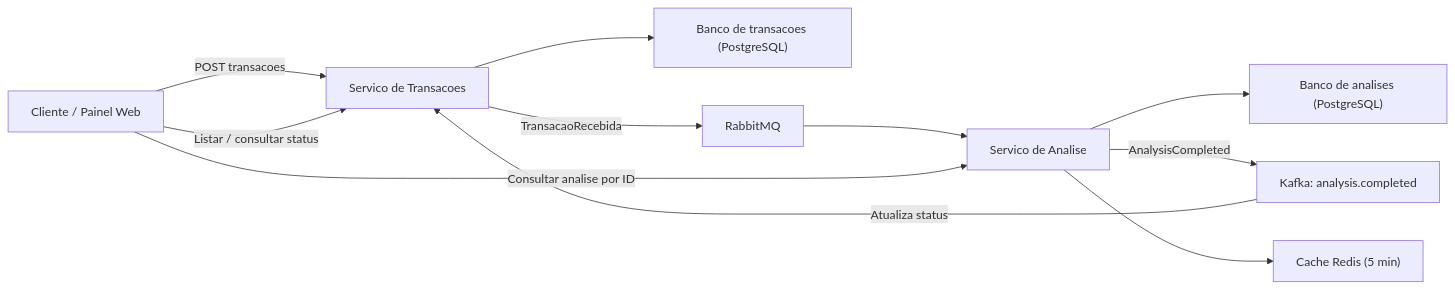
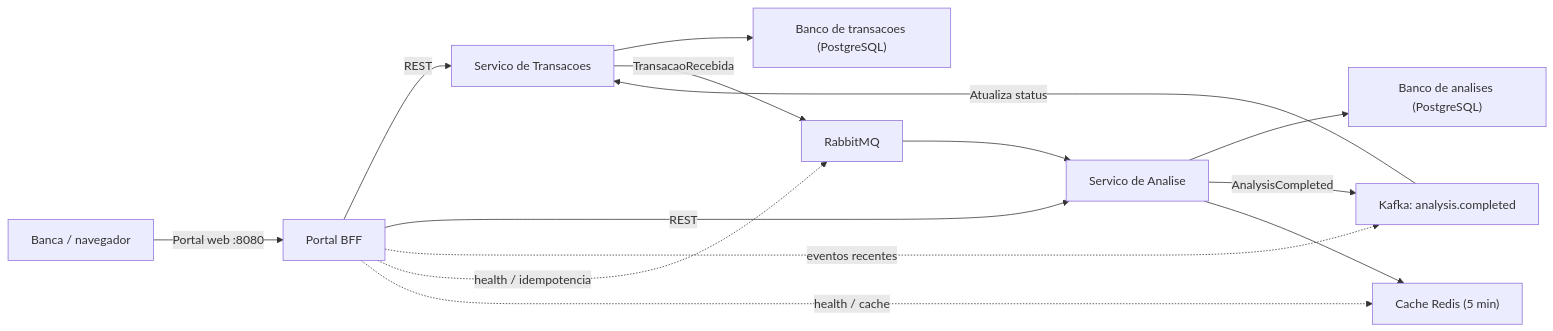
One commit to JTBCode86/antifraude-simplificado changed the diagram in README.md. Above: the diagram before and after it, drawn with Mermaid. The commit also changed other lines of this file and 48 other files, not shown here.

````diff
--- a/README.md
+++ b/README.md
@@ -9,13 +9,16 @@
 ```mermaid
 flowchart LR
-    Cliente["Cliente / Painel Web"] -->|"POST transacoes"| T["Servico de Transacoes"]
+    Cliente["Banca / navegador"] -->|"Portal web :8080"| P["Portal BFF"]
+    P -->|"REST"| T["Servico de Transacoes"]
     T --> DB1["Banco de transacoes (PostgreSQL)"]
     T -->|"TransacaoRecebida"| Q["RabbitMQ"]
     Q --> A["Servico de Analise"]
     A --> DB2["Banco de analises (PostgreSQL)"]
     A -->|"AnalysisCompleted"| K["Kafka: analysis.completed"]
     K -->|"Atualiza status"| T
-    Cliente -->|"Consultar analise por ID"| A
-    Cliente -->|"Listar / consultar status"| T
+    P -->|"REST"| A
+    P -.->|"eventos recentes"| K
+    P -.->|"health / idempotencia"| Q
+    P -.->|"health / cache"| C
     A --> C["Cache Redis (5 min)"]
 ```
````
